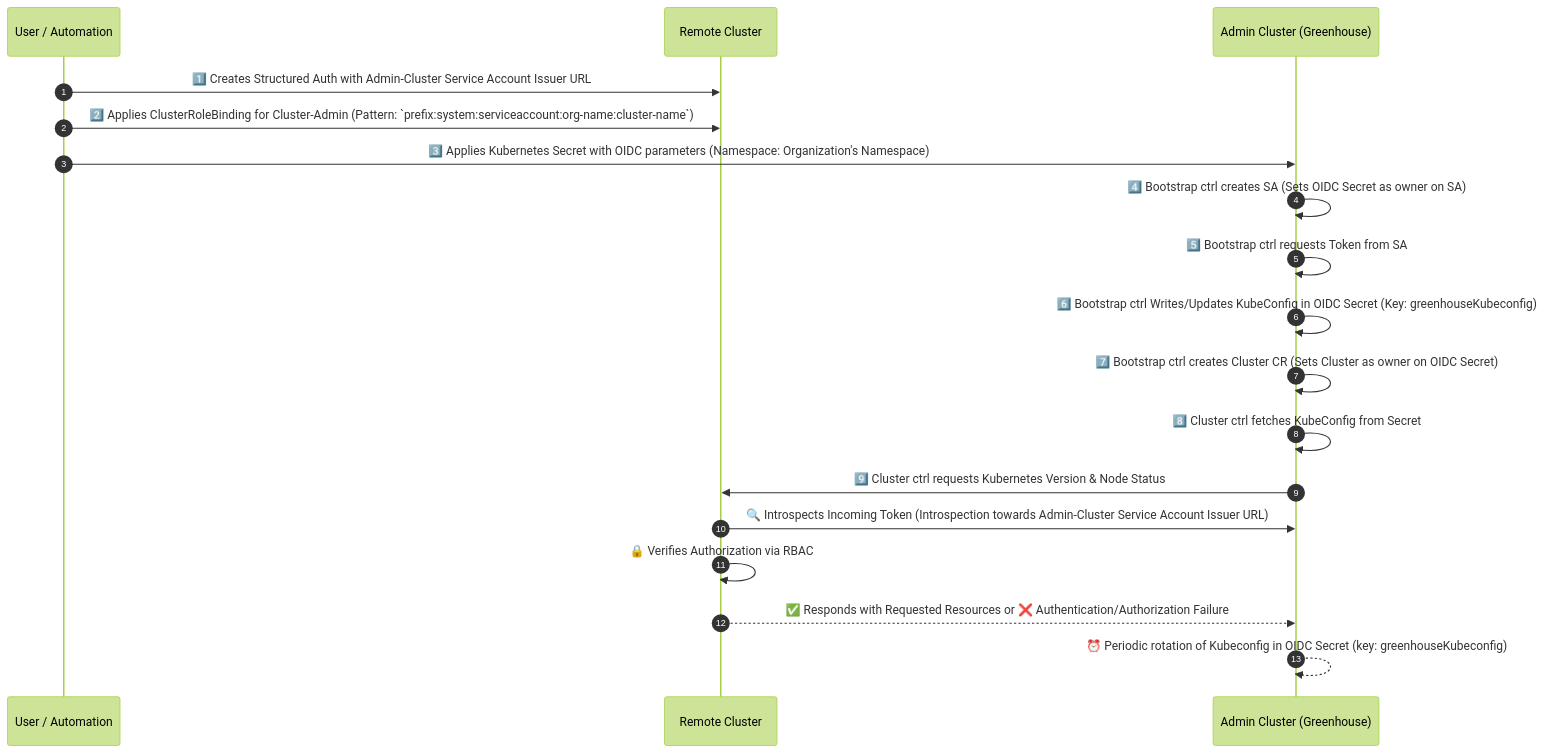
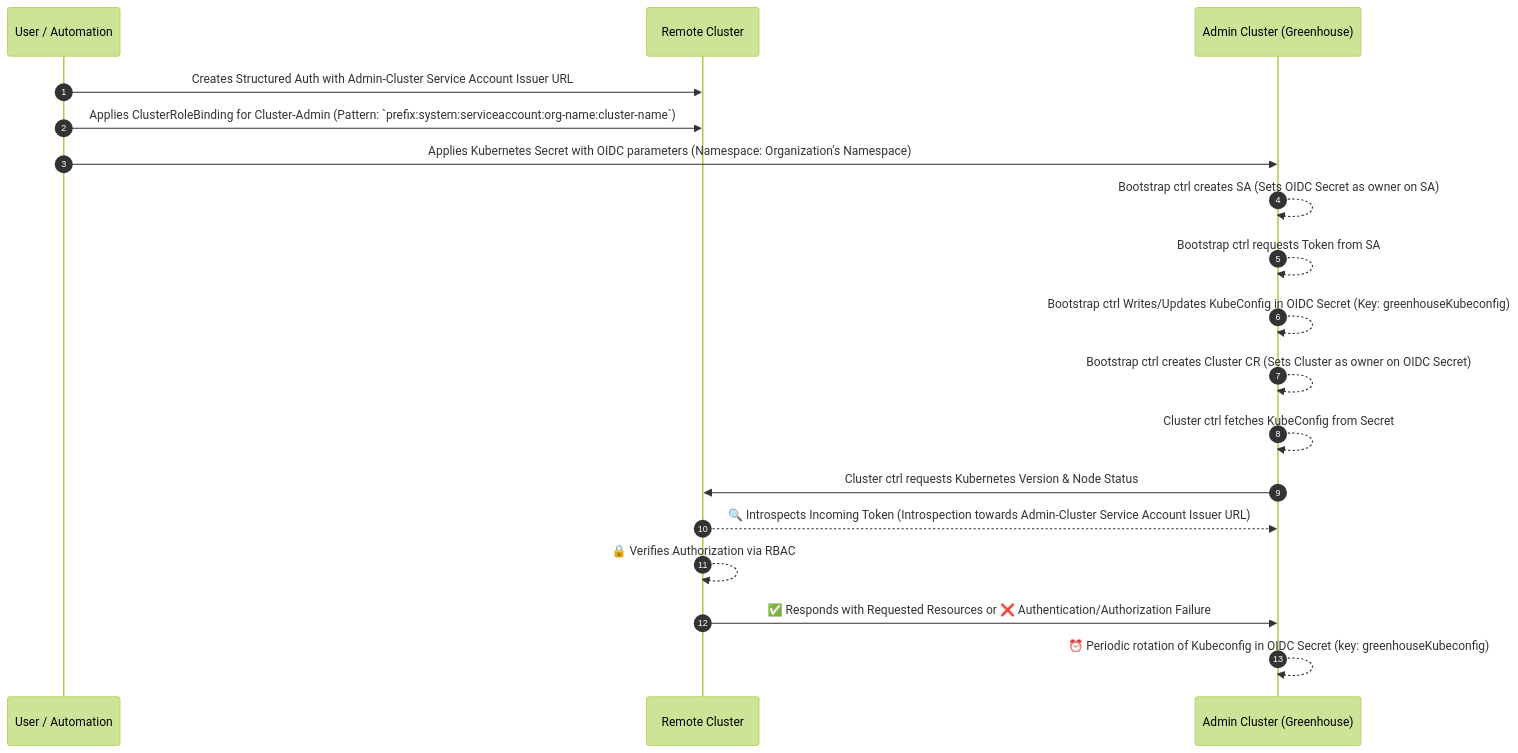
One commit to cloudoperators/greenhouse changed the diagram in docs/user-guides/cluster/oidc_connectivity.md. Above: the diagram before and after it, drawn with Mermaid (forest theme). The commit also changed 1 other file, not shown here.

Commit message:
(chore): enable hugo emoji rendering

````diff
--- a/docs/user-guides/cluster/oidc_connectivity.md
+++ b/docs/user-guides/cluster/oidc_connectivity.md
@@ -52,24 +52,24 @@
 ```mermaid
 sequenceDiagram
     autonumber
     participant User as User / Automation
     participant RC as Remote Cluster
     participant AC as Admin Cluster (Greenhouse)
 
-    User->>RC: 1️⃣ Creates Structured Auth with Admin-Cluster Service Account Issuer URL
-    User->>RC: 2️⃣ Applies ClusterRoleBinding for Cluster-Admin (Pattern: `prefix:system:serviceaccount:org-name:cluster-name`)
-    User->>AC: 3️⃣ Applies Kubernetes Secret with OIDC parameters (Namespace: Organization's Namespace)
+    User->>RC: Creates Structured Auth with Admin-Cluster Service Account Issuer URL
+    User->>RC: Applies ClusterRoleBinding for Cluster-Admin (Pattern: `prefix:system:serviceaccount:org-name:cluster-name`)
+    User->>AC: Applies Kubernetes Secret with OIDC parameters (Namespace: Organization's Namespace)
 
-    AC->>AC: 4️⃣ Bootstrap ctrl creates SA (Sets OIDC Secret as owner on SA)
-    AC->>AC: 5️⃣ Bootstrap ctrl requests Token from SA
-    AC->>AC: 6️⃣ Bootstrap ctrl Writes/Updates KubeConfig in OIDC Secret (Key: greenhouseKubeconfig)
-    AC->>AC: 7️⃣ Bootstrap ctrl creates Cluster CR (Sets Cluster as owner on OIDC Secret)
+    AC-->>AC: Bootstrap ctrl creates SA (Sets OIDC Secret as owner on SA)
+    AC-->>AC: Bootstrap ctrl requests Token from SA
+    AC-->>AC: Bootstrap ctrl Writes/Updates KubeConfig in OIDC Secret (Key: greenhouseKubeconfig)
+    AC-->>AC: Bootstrap ctrl creates Cluster CR (Sets Cluster as owner on OIDC Secret)
 
-    AC->>AC: 8️⃣ Cluster ctrl fetches KubeConfig from Secret
-    AC->>RC: 9️⃣ Cluster ctrl requests Kubernetes Version & Node Status
+    AC-->>AC: Cluster ctrl fetches KubeConfig from Secret
+    AC->>RC: Cluster ctrl requests Kubernetes Version & Node Status
 
-    RC->>AC: 🔍 Introspects Incoming Token (Introspection towards Admin-Cluster Service Account Issuer URL)
-    RC->>RC: 🔒 Verifies Authorization via RBAC
-    RC-->>AC: ✅ Responds with Requested Resources or ❌ Authentication/Authorization Failure
-    AC-->>AC:  ⏰ Periodic rotation of Kubeconfig in OIDC Secret (key: greenhouseKubeconfig)
+    RC-->>AC: 🔍 Introspects Incoming Token (Introspection towards Admin-Cluster Service Account Issuer URL)
+    RC-->>RC: 🔒 Verifies Authorization via RBAC
+    RC->>AC: ✅ Responds with Requested Resources or ❌ Authentication/Authorization Failure
+    AC-->>AC: ⏰ Periodic rotation of Kubeconfig in OIDC Secret (key: greenhouseKubeconfig)
 ```
````
